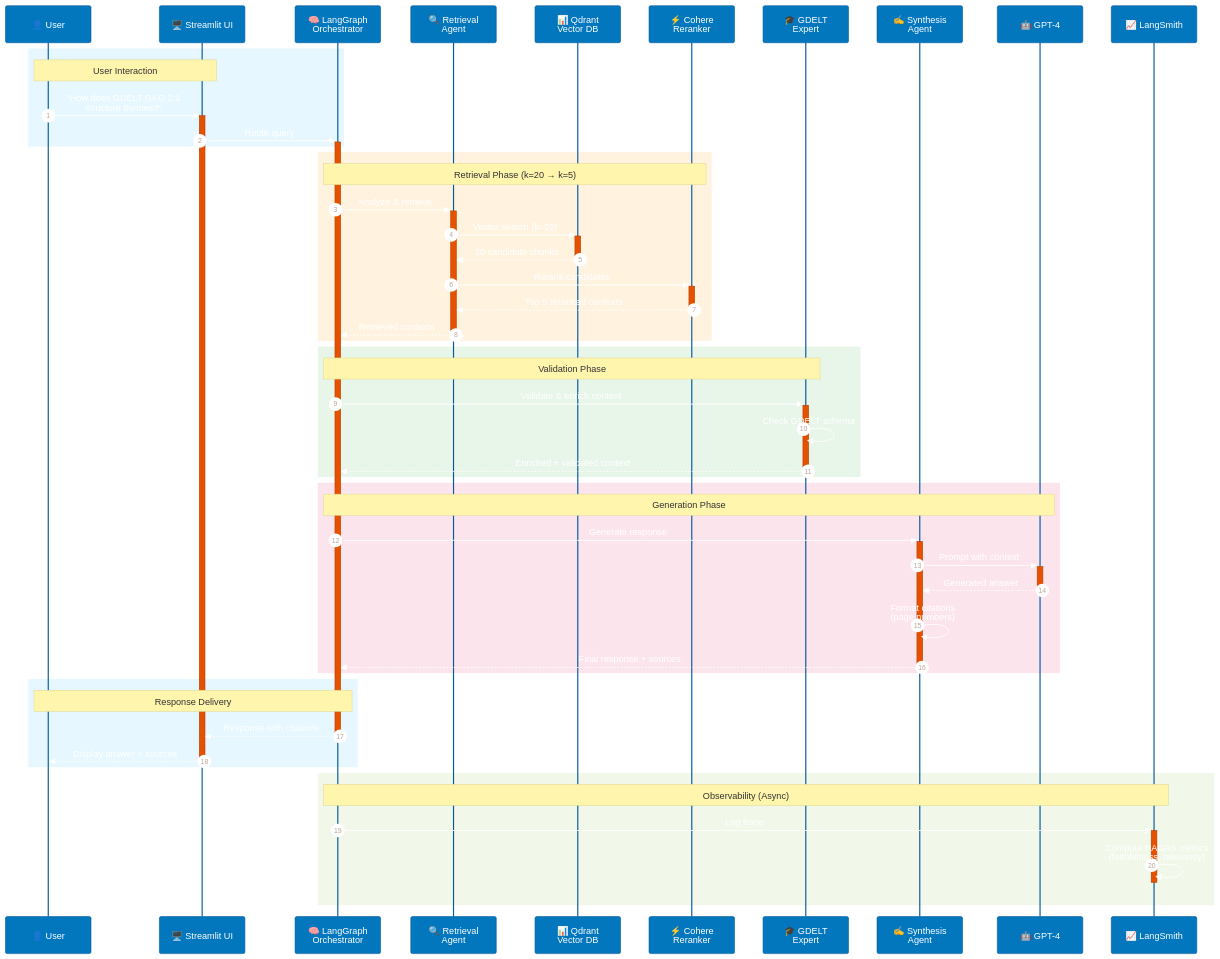
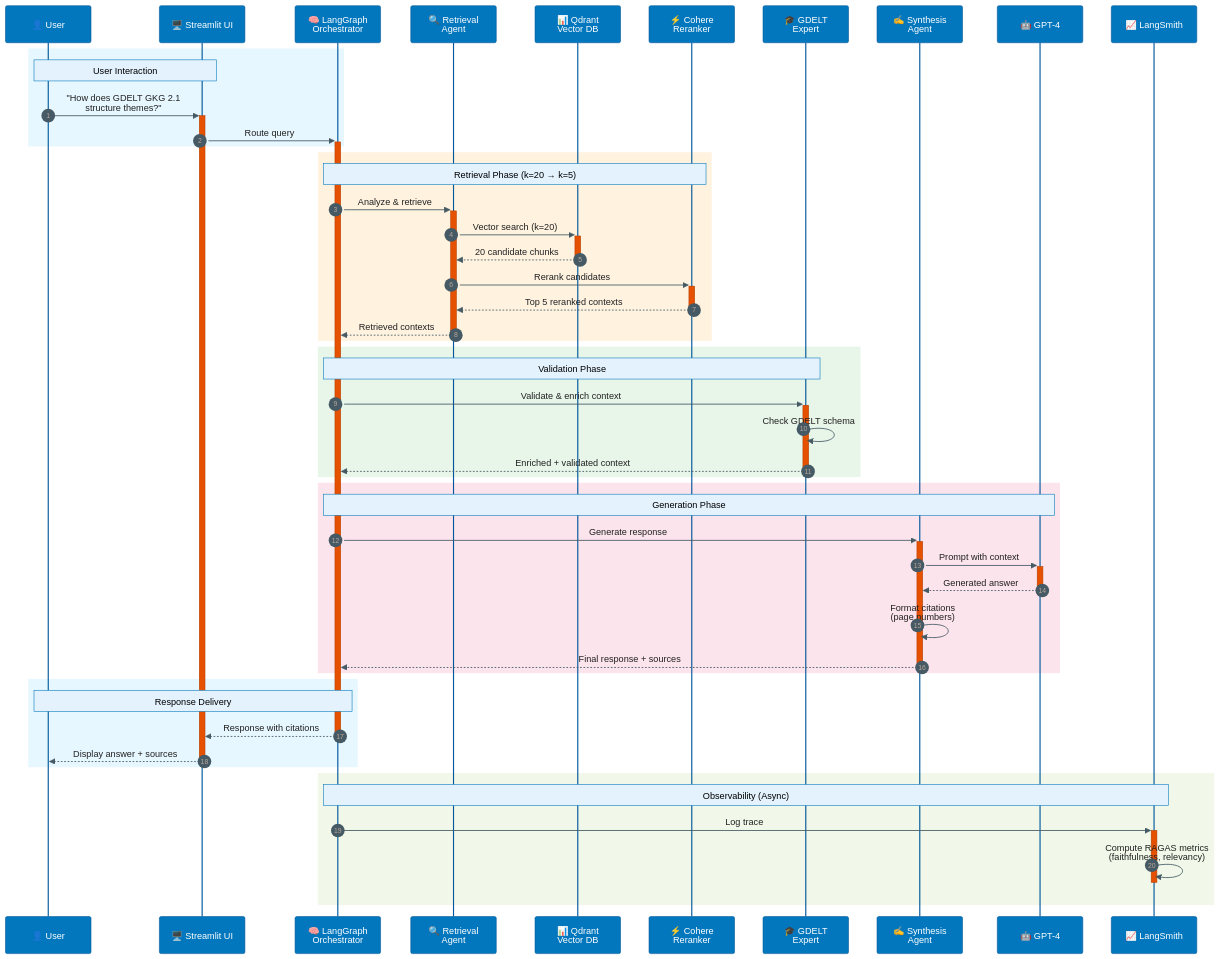
Before and after one commit to aie8-cert-challenge/gdelt-knowledge-base: the second of 3 diagrams in docs/architecture.md, drawn with Mermaid. The commit also changed other lines of this file and 31 other files, not shown here.

````diff
--- a/docs/architecture.md
+++ b/docs/architecture.md
@@ -195,5 +195,26 @@
 ```mermaid
-%%{init: {'theme':'base', 'themeVariables': { 'primaryColor':'#0277BD', 'primaryTextColor':'#FFF', 'primaryBorderColor':'#01579B', 'lineColor':'#455A64', 'secondaryColor':'#E65100', 'tertiaryColor':'#2E7D32', 'fontSize':'14px'}}}%%
+%%{init: {
+  'theme':'base',
+  'themeVariables': {
+    'primaryColor':'#0277BD',
+    'primaryTextColor':'#FFFFFF',
+    'primaryBorderColor':'#01579B',
+    'lineColor':'#455A64',
+    'secondaryColor':'#E65100',
+    'tertiaryColor':'#2E7D32',
+    'fontSize':'14px',
+    'textColor':'#212121',
+    'labelTextColor':'#212121',
+    'noteTextColor':'#000000',
+    'noteBkgColor':'#E3F2FD',
+    'noteBorderColor':'#0277BD',
+    'actorBkg':'#0277BD',
+    'actorTextColor':'#FFFFFF',
+    'actorLineColor':'#01579B',
+    'signalColor':'#455A64',
+    'signalTextColor':'#212121'
+  }
+}}%%
 sequenceDiagram
     autonumber
 
````
